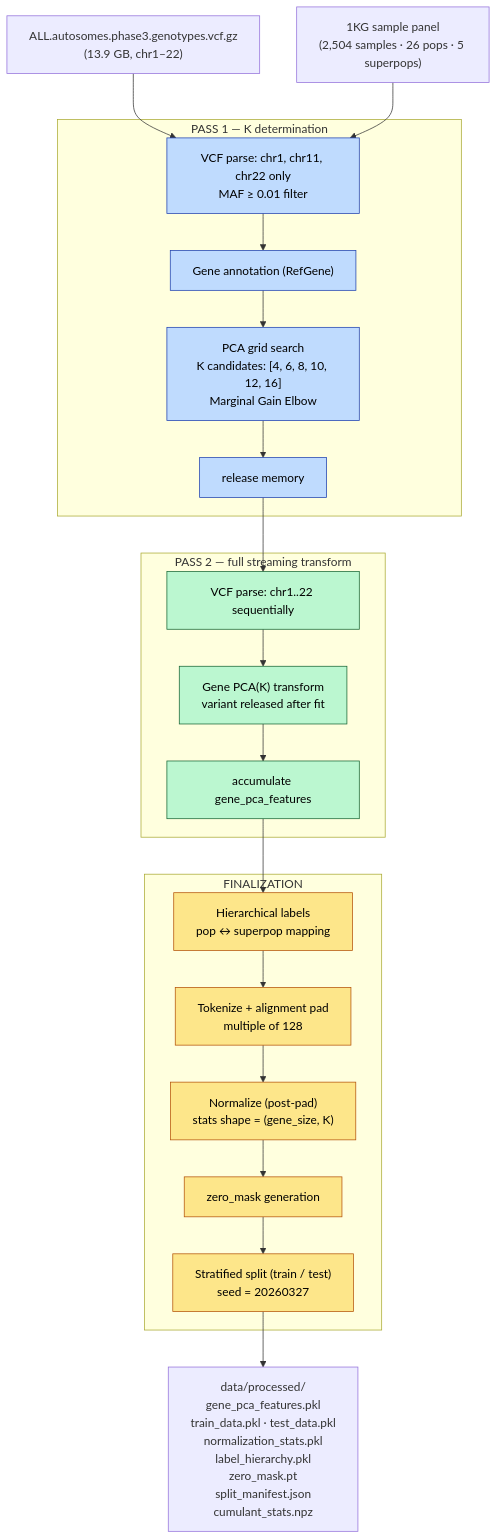
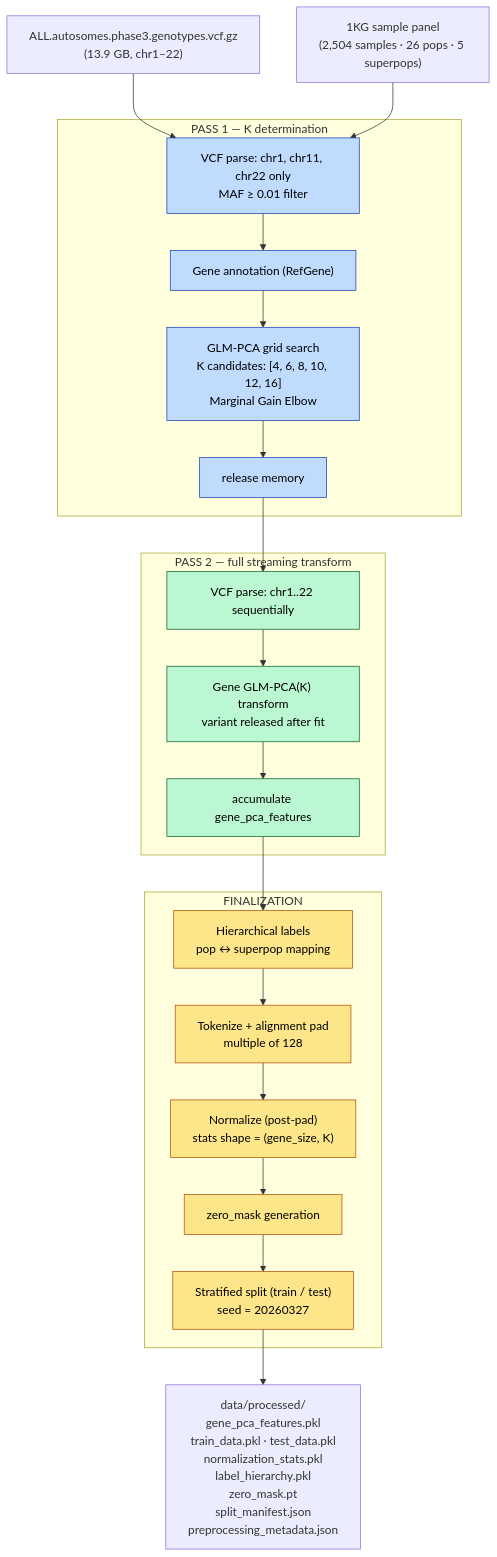
Before and after one commit to zongseung/gene-synthesis-project: the eighth of 8 diagrams in README.md, drawn with Mermaid. The commit also changed other lines of this file and 43 other files, not shown here.

Commit message:
chore: stage HiPoDiT rebuild foundation (binomial GLM-PCA, rebuild/multiseed scripts, tests, OC-FILM removal)

````diff
--- a/README.md
+++ b/README.md
@@ -876,40 +871,40 @@
 ```mermaid
 flowchart TD
     VCF["ALL.autosomes.phase3.genotypes.vcf.gz<br/>(13.9 GB, chr1–22)"]
     PANEL["1KG sample panel<br/>(2,504 samples · 26 pops · 5 superpops)"]
 
     subgraph PASS1["PASS 1 — K determination"]
         P1A["VCF parse: chr1, chr11, chr22 only<br/>MAF ≥ 0.01 filter"]
         P1B["Gene annotation (RefGene)"]
-        P1C["PCA grid search<br/>K candidates: [4, 6, 8, 10, 12, 16]<br/>Marginal Gain Elbow"]
+        P1C["GLM-PCA grid search<br/>K candidates: [4, 6, 8, 10, 12, 16]<br/>Marginal Gain Elbow"]
         P1D["release memory"]
     end
 
     subgraph PASS2["PASS 2 — full streaming transform"]
         P2A["VCF parse: chr1..22 sequentially"]
-        P2B["Gene PCA(K) transform<br/>variant released after fit"]
+        P2B["Gene GLM-PCA(K) transform<br/>variant released after fit"]
         P2C["accumulate gene_pca_features"]
     end
 
     subgraph FIN["FINALIZATION"]
         F1["Hierarchical labels<br/>pop ↔ superpop mapping"]
         F2["Tokenize + alignment pad<br/>multiple of 128"]
         F3["Normalize (post-pad)<br/>stats shape = (gene_size, K)"]
         F4["zero_mask generation"]
         F5["Stratified split (train / test)<br/>seed = 20260327"]
     end
 
-    OUT["data/processed/<br/>gene_pca_features.pkl<br/>train_data.pkl · test_data.pkl<br/>normalization_stats.pkl<br/>label_hierarchy.pkl<br/>zero_mask.pt<br/>split_manifest.json<br/>cumulant_stats.npz"]
+    OUT["data/processed/<br/>gene_pca_features.pkl<br/>train_data.pkl · test_data.pkl<br/>normalization_stats.pkl<br/>label_hierarchy.pkl<br/>zero_mask.pt<br/>split_manifest.json<br/>preprocessing_metadata.json"]
 
     VCF --> P1A --> P1B --> P1C --> P1D
     PANEL --> P1A
     P1D --> P2A --> P2B --> P2C
     P2C --> F1 --> F2 --> F3 --> F4 --> F5 --> OUT
 
     classDef p1 fill:#bfdbfe,stroke:#1e40af,color:#000
     classDef p2 fill:#bbf7d0,stroke:#166534,color:#000
     classDef fin fill:#fde68a,stroke:#b45309,color:#000
     class P1A,P1B,P1C,P1D p1
     class P2A,P2B,P2C p2
     class F1,F2,F3,F4,F5 fin
 ```
````
